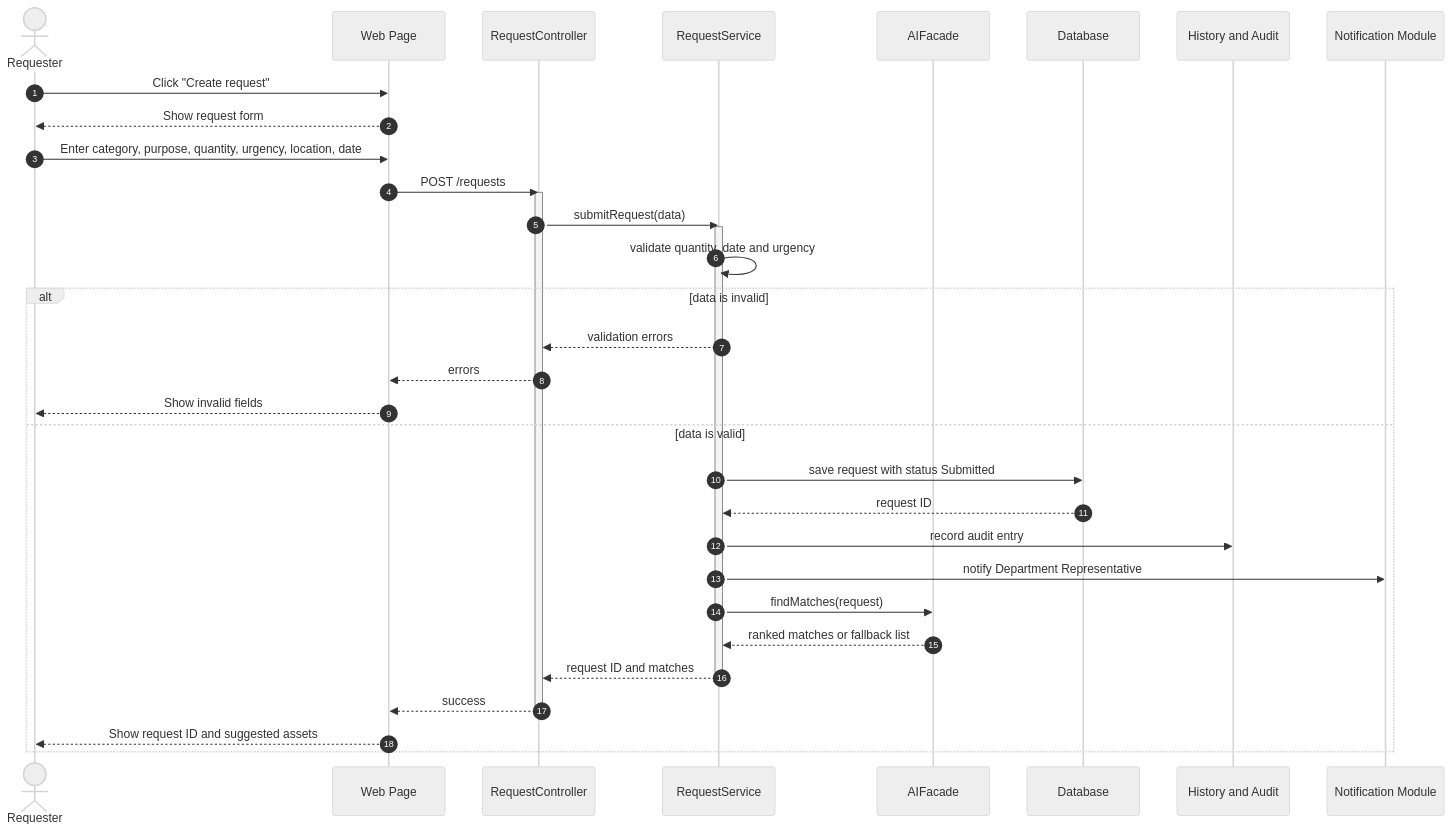
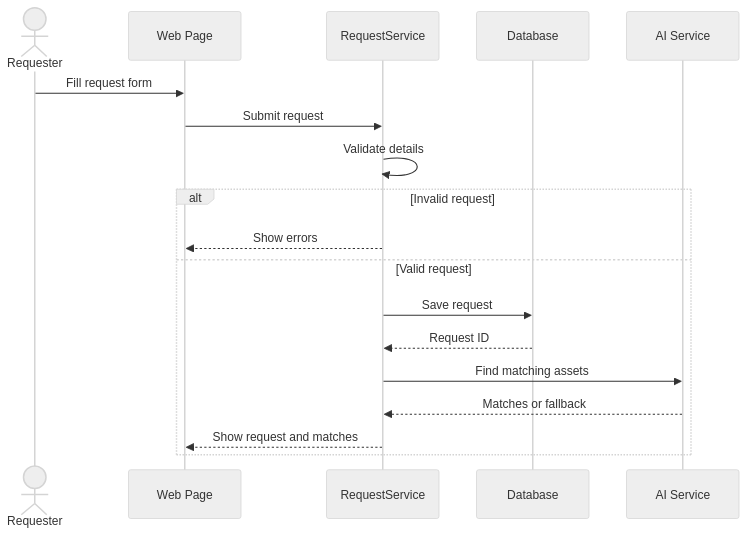
The fourth of 5 diagrams in phase 4-5/01_part1_assets_marketplace_requests.md (Abdulla66541/COSC336-GROUP5), drawn with Mermaid (neutral theme) before and after one commit. The commit also changed other lines of this file, not shown here.

````diff
--- a/phase 4-5/01_part1_assets_marketplace_requests.md
+++ b/phase 4-5/01_part1_assets_marketplace_requests.md
@@ -256,44 +225,22 @@
 ```mermaid
 sequenceDiagram
-    autonumber
     actor RQ as Requester
     participant UI as Web Page
-    participant RequestController
-    participant RequestService
-    participant AIFacade
+    participant S as RequestService
     participant DB as Database
-    participant Audit as History and Audit
-    participant Noti as Notification Module
+    participant AI as AI Service
 
-    RQ->>UI: Click "Create request"
-    UI-->>RQ: Show request form
-    RQ->>UI: Enter category, purpose, quantity, urgency, location, date
-    UI->>RequestController: POST /requests
+    RQ->>UI: Fill request form
+    UI->>S: Submit request
+    S->>S: Validate details
 
-    activate RequestController
-    RequestController->>RequestService: submitRequest(data)
-    activate RequestService
-    RequestService->>RequestService: validate quantity, date and urgency
-
-    alt data is invalid
-        RequestService-->>RequestController: validation errors
-        RequestController-->>UI: errors
-        UI-->>RQ: Show invalid fields
-    else data is valid
-        RequestService->>DB: save request with status Submitted
-        DB-->>RequestService: request ID
-
-        RequestService->>Audit: record audit entry
-        RequestService->>Noti: notify Department Representative
-
-        RequestService->>AIFacade: findMatches(request)
-        AIFacade-->>RequestService: ranked matches or fallback list
-
-        RequestService-->>RequestController: request ID and matches
-        deactivate RequestService
-        RequestController-->>UI: success
-        deactivate RequestController
-
-        UI-->>RQ: Show request ID and suggested assets
+    alt Invalid request
+        S-->>UI: Show errors
+    else Valid request
+        S->>DB: Save request
+        DB-->>S: Request ID
+        S->>AI: Find matching assets
+        AI-->>S: Matches or fallback
+        S-->>UI: Show request and matches
     end
 ```
````
